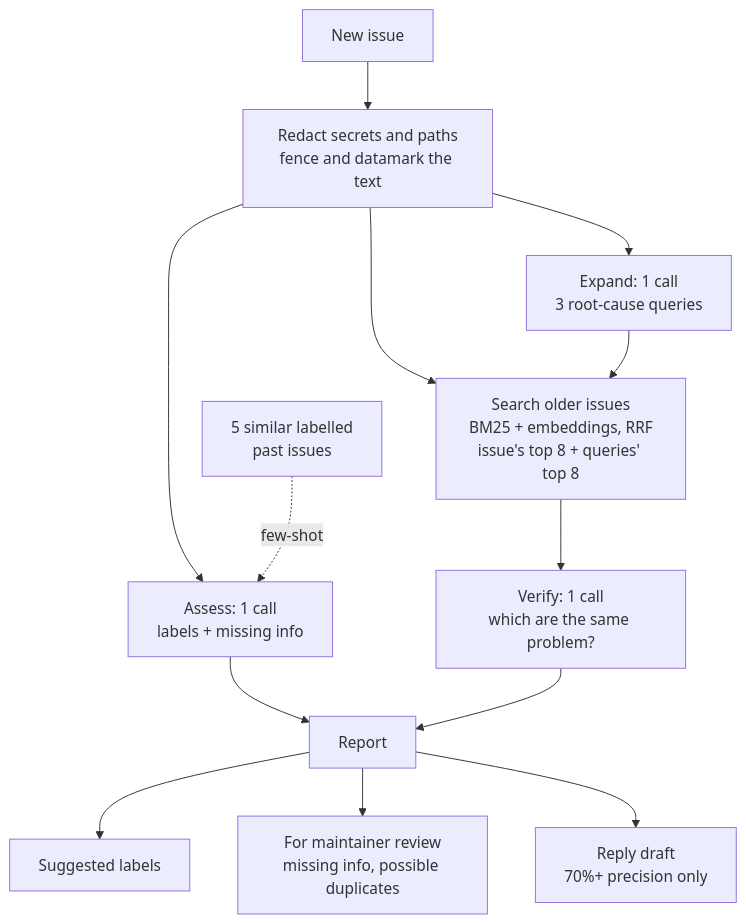
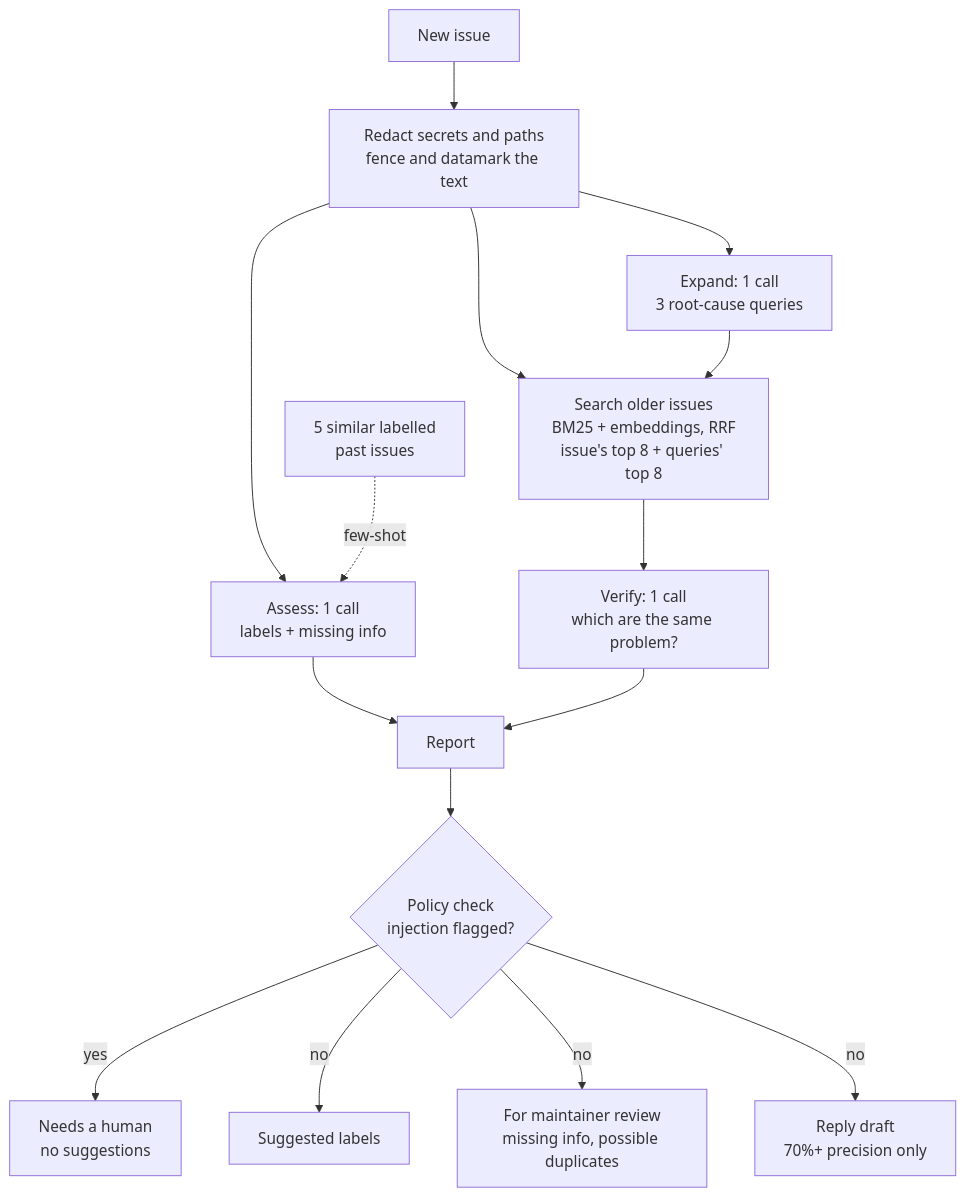
The first of 5 diagrams in README.md (shashank11yadav/pytest-triage), drawn with Mermaid before and after one commit. The commit also changed other lines of this file and 27 other files, not shown here.

````diff
--- a/README.md
+++ b/README.md
@@ -55,15 +56,17 @@
 ```mermaid
 flowchart TD
     A[New issue] --> B["Redact secrets and paths<br/>fence and datamark the text"]
     B --> C["Assess: 1 call<br/>labels + missing info"]
     B --> D["Expand: 1 call<br/>3 root-cause queries"]
     K["5 similar labelled<br/>past issues"] -. few-shot .-> C
     B --> E["Search older issues<br/>BM25 + embeddings, RRF<br/>issue's top 8 + queries' top 8"]
     D --> E
     E --> F["Verify: 1 call<br/>which are the same problem?"]
     C --> R[Report]
     F --> R
-    R --> L[Suggested labels]
-    R --> M["For maintainer review<br/>missing info, possible duplicates"]
-    R --> P["Reply draft<br/>70%+ precision only"]
+    R --> Q{"Policy check<br/>injection flagged?"}
+    Q -- yes --> H["Needs a human<br/>no suggestions"]
+    Q -- no --> L[Suggested labels]
+    Q -- no --> M["For maintainer review<br/>missing info, possible duplicates"]
+    Q -- no --> P["Reply draft<br/>70%+ precision only"]
 ```
````
